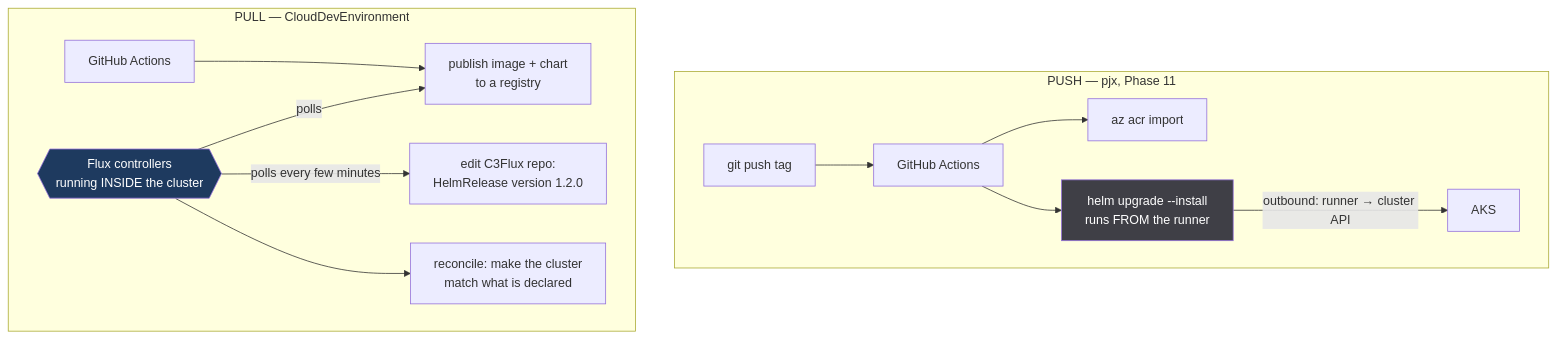
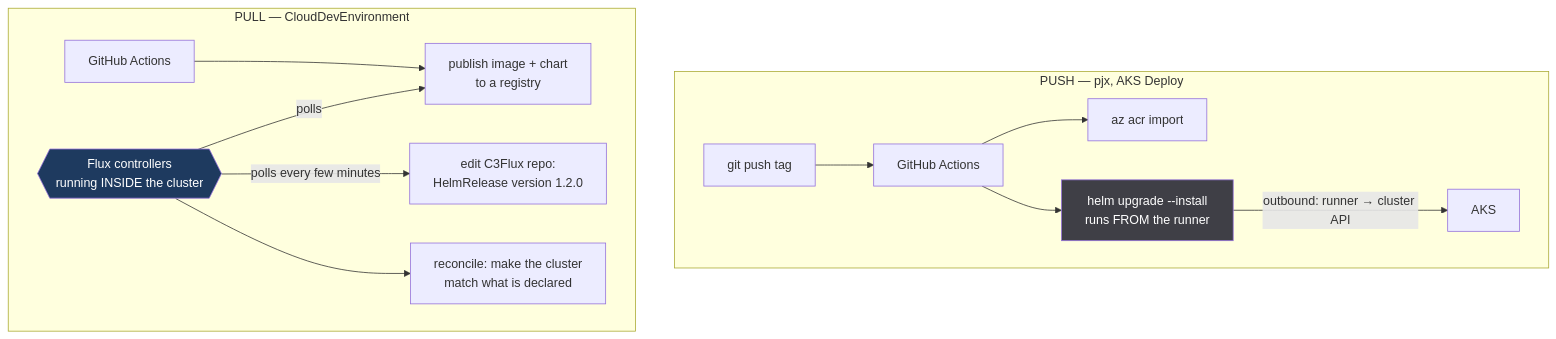
Before and after one commit to mikelau13/pjx-root: the sixth of 6 diagrams in docs/reference/ci-cd-and-registries.md, drawn with Mermaid. The commit also changed other lines of this file and 20 other files, not shown here.

````diff
--- a/docs/reference/ci-cd-and-registries.md
+++ b/docs/reference/ci-cd-and-registries.md
@@ -337,21 +337,21 @@
 ```mermaid
 flowchart TD
-    subgraph push["PUSH — pjx, Phase 11"]
+    subgraph push["PUSH — pjx, AKS Deploy"]
         p1["git push tag"] --> p2["GitHub Actions"]
         p2 --> p3["az acr import"]
         p2 --> p4["helm upgrade --install<br/>runs FROM the runner"]
         p4 -->|"outbound: runner → cluster API"| p5["AKS"]
     end
 
     subgraph pull["PULL — CloudDevEnvironment"]
         q1["GitHub Actions"] --> q2["publish image + chart<br/>to a registry"]
         q3["edit C3Flux repo:<br/>HelmRelease version 1.2.0"]
         q4{{"Flux controllers<br/>running INSIDE the cluster"}}
         q4 -->|"polls every few minutes"| q3
         q4 -->|"polls"| q2
         q4 --> q5["reconcile: make the cluster<br/>match what is declared"]
     end
 
     style p4 fill:#3f3f46,color:#fff
     style q4 fill:#1e3a5f,color:#fff
 ```
````
